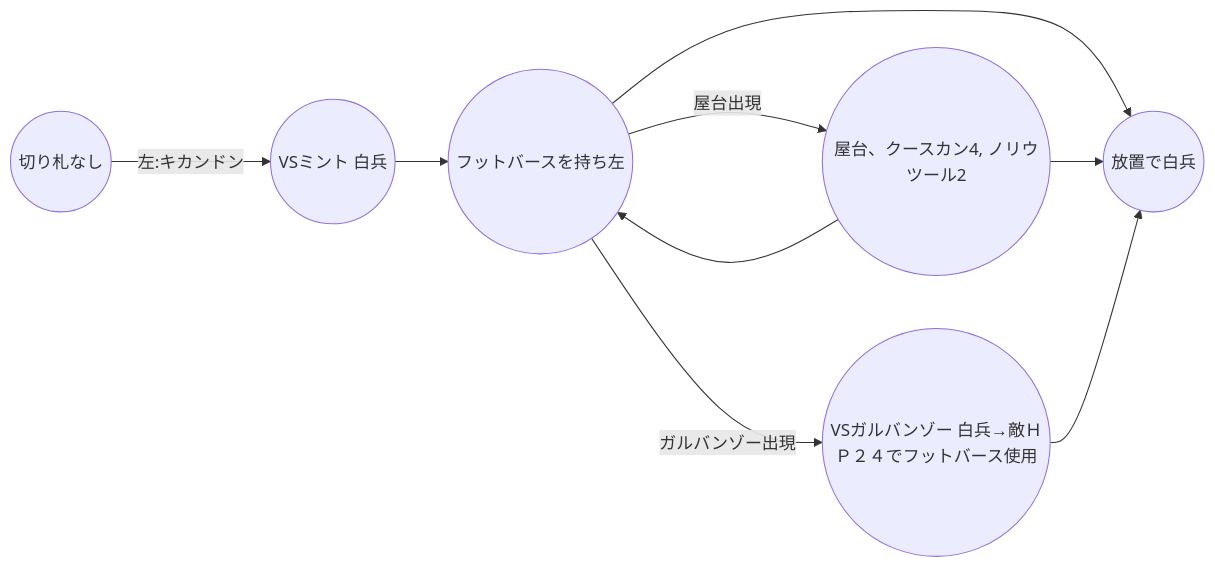
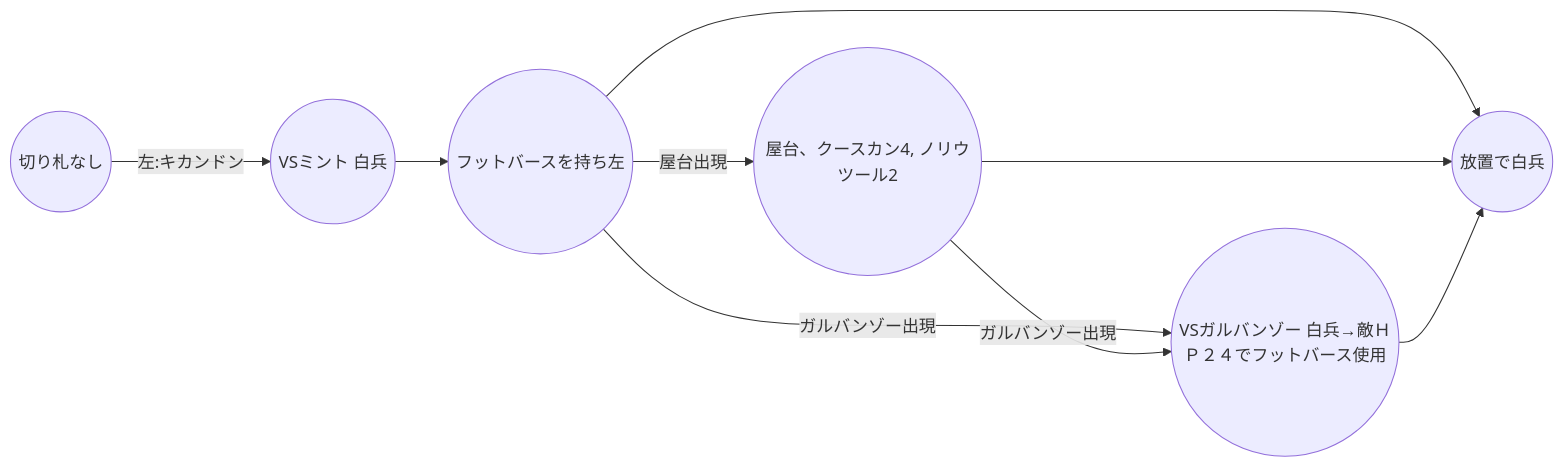
The third of 3 diagrams in README.md (azumag/hanjuku-sfc-speedrun), drawn with Mermaid before and after one commit.

````diff
--- a/README.md
+++ b/README.md
@@ -16,11 +16,11 @@
 ```mermaid
 graph LR
 	A((切り札なし))--左:キカンドン-->B((VSミント 白兵))
 	B-->C((フットバースを持ち左))
 	C--屋台出現-->D((屋台、クースカン4, ノリウツール2))
 	C-->E((放置で白兵))
 	C--ガルバンゾー出現-->F((VSガルバンゾー 白兵→敵ＨＰ２４でフットバース使用))
+	D--ガルバンゾー出現-->F
 	D-->E
 	F-->E
-	D-->C
 ```
````
